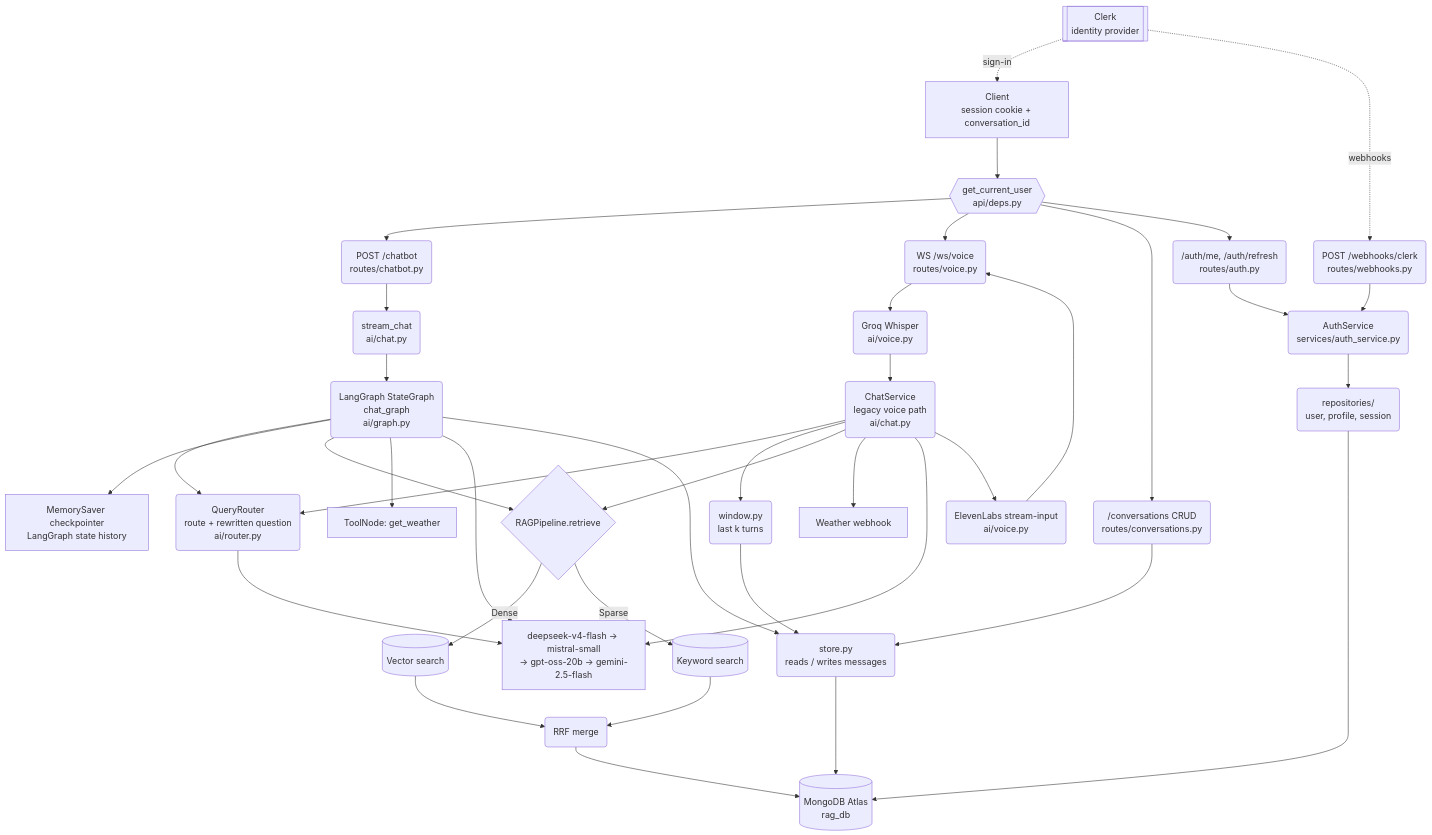
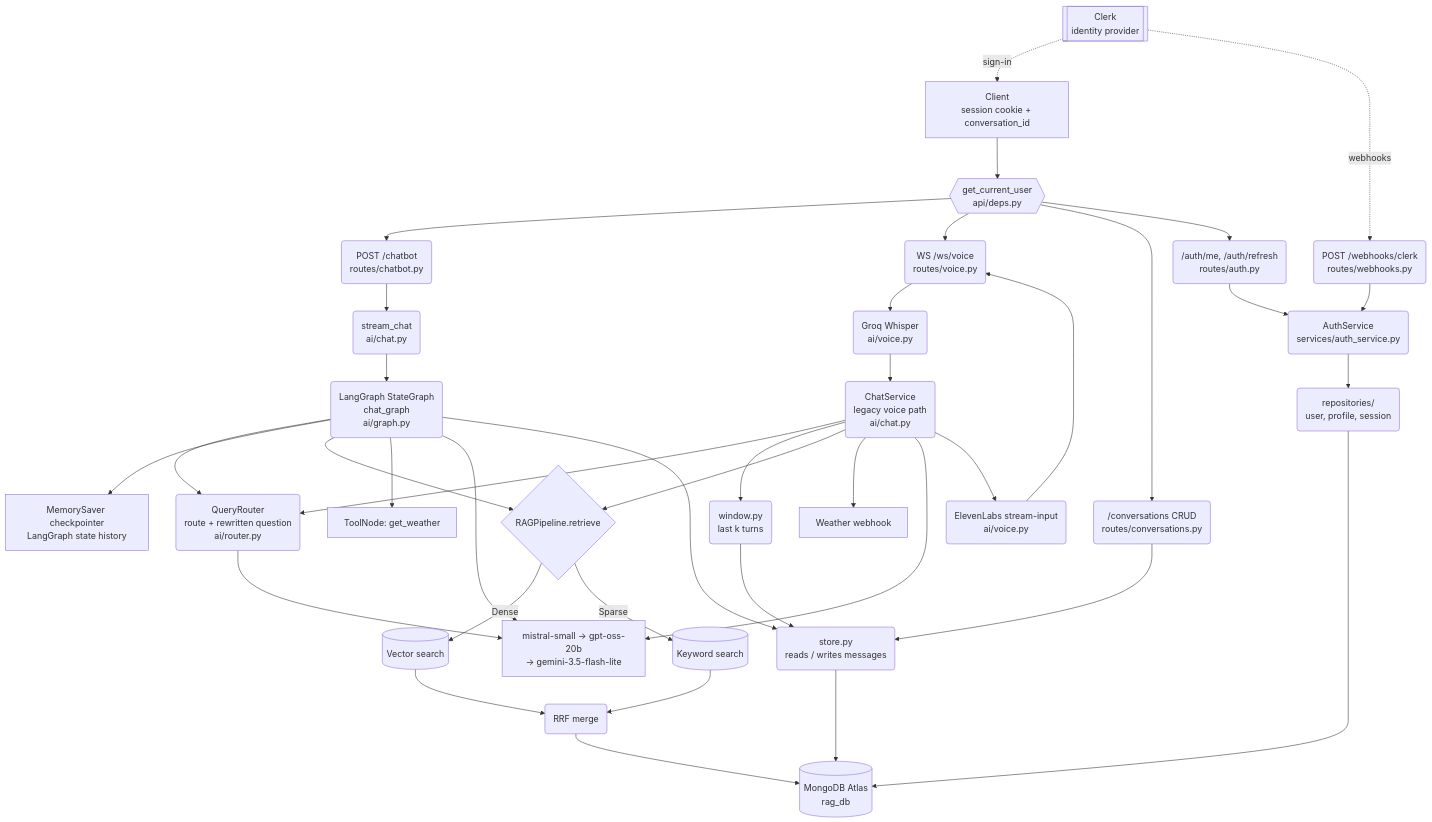
Before and after one commit to Harish1404/LangGraph-AI-Backend: the first of 4 diagrams in docs/architecture.md, drawn with Mermaid. The commit also changed other lines of this file and 6 other files, not shown here.

````diff
--- a/docs/architecture.md
+++ b/docs/architecture.md
@@ -41,47 +41,47 @@
 ```mermaid
 graph TD
     CLERK[[Clerk<br/>identity provider]] -.sign-in.-> UI
     CLERK -.webhooks.-> WH(POST /webhooks/clerk<br/>routes/webhooks.py)
 
     UI[Client<br/>session cookie + conversation_id] --> GATE
     GATE{{get_current_user<br/>api/deps.py}} --> CHATEP(POST /chatbot<br/>routes/chatbot.py)
     GATE --> VOICEEP(WS /ws/voice<br/>routes/voice.py)
     GATE --> CONVEP(/conversations CRUD<br/>routes/conversations.py)
     GATE --> AUTHEP(/auth/me, /auth/refresh<br/>routes/auth.py)
 
     AUTHEP --> AUTHSVC(AuthService<br/>services/auth_service.py)
     WH --> AUTHSVC
     AUTHSVC --> REPOS(repositories/<br/>user, profile, session)
     REPOS --> DB
 
     CHATEP --> STREAM(stream_chat<br/>ai/chat.py)
     STREAM --> GRAPH(LangGraph StateGraph<br/>chat_graph<br/>ai/graph.py)
 
     GRAPH --> ROUTER(QueryRouter<br/>route + rewritten question<br/>ai/router.py)
     GRAPH --> CHECKPOINT[MemorySaver checkpointer<br/>LangGraph state history]
     GRAPH --> PIPE{RAGPipeline.retrieve}
     GRAPH --> TOOLNODE[ToolNode: get_weather]
-    GRAPH --> LLM[deepseek-v4-flash -> mistral-small<br/>-> gpt-oss-20b -> gemini-2.5-flash]
+    GRAPH --> LLM[mistral-small -> gpt-oss-20b<br/>-> gemini-3.5-flash-lite]
 
     VOICEEP --> STT(Groq Whisper<br/>ai/voice.py)
     STT --> SERVICE(ChatService<br/>legacy voice path<br/>ai/chat.py)
     SERVICE --> ROUTER
     SERVICE --> WINDOW(window.py<br/>last k turns)
     SERVICE --> PIPE
     SERVICE --> HOOK[Weather webhook]
     SERVICE --> LLM
     SERVICE --> TTS(ElevenLabs stream-input<br/>ai/voice.py)
     TTS --> VOICEEP
 
     ROUTER --> LLM
     PIPE -->|Dense| VEC[(Vector search)]
     PIPE -->|Sparse| KEY[(Keyword search)]
     VEC --> RRF(RRF merge)
     KEY --> RRF
     RRF --> DB[(MongoDB Atlas<br/>rag_db)]
 
     WINDOW --> STORE(store.py<br/>reads / writes messages)
     GRAPH --> STORE
     CONVEP --> STORE
     STORE --> DB
 ```
````
